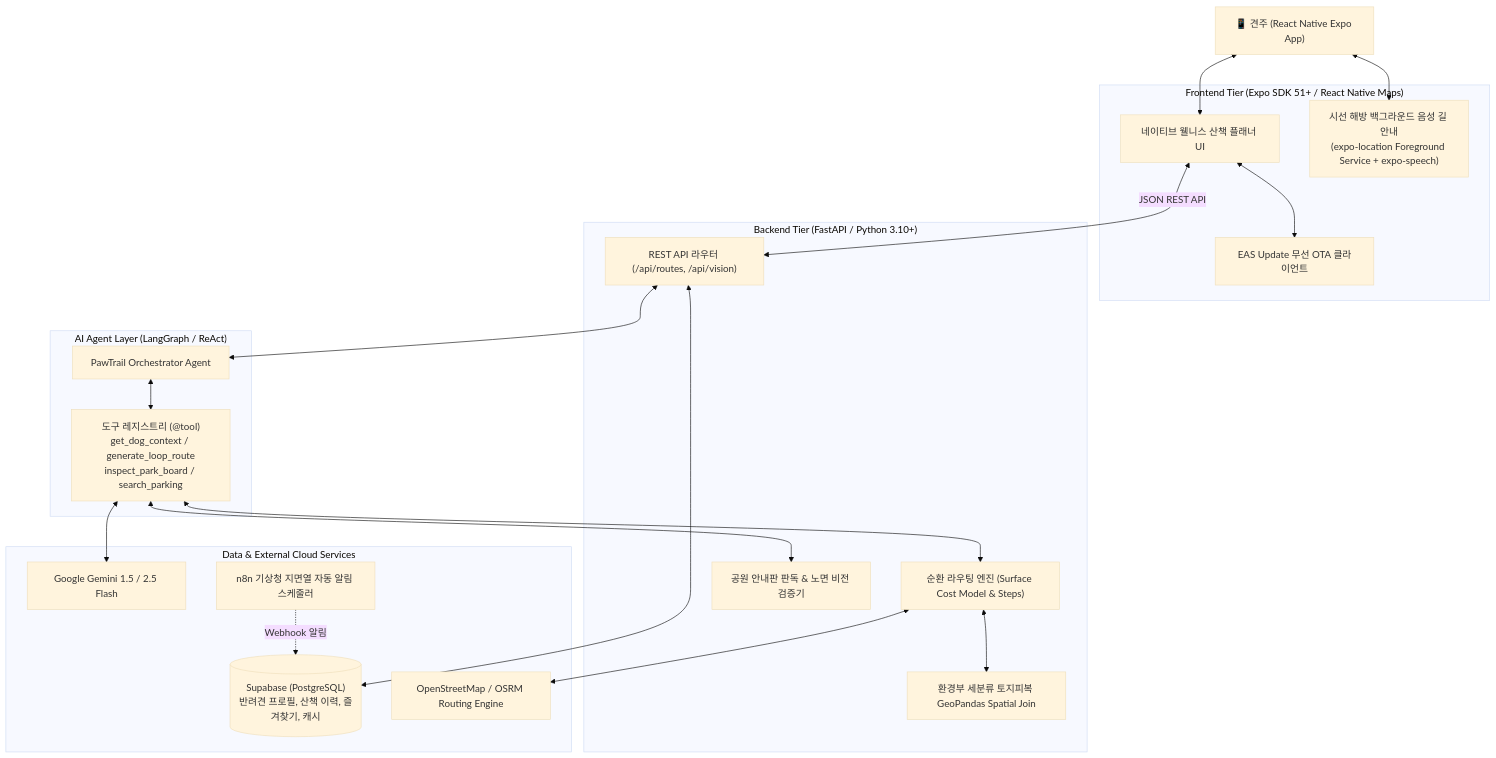
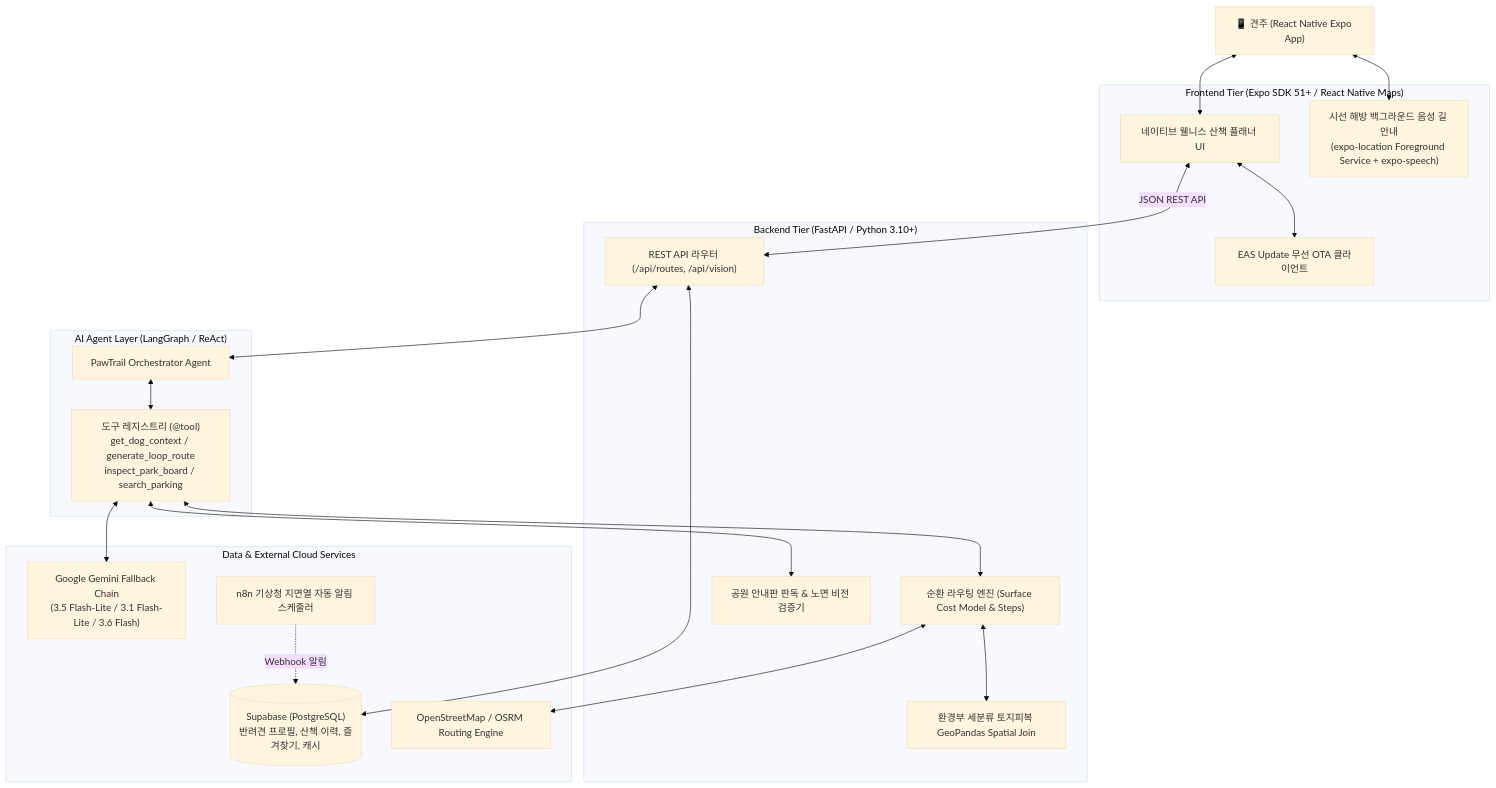
Before and after one commit to gigantess/PawTrail: the second of 2 diagrams in README.md, drawn with Mermaid (base theme). The commit also changed other lines of this file and 9 other files, not shown here.

````diff
--- a/README.md
+++ b/README.md
@@ -149,43 +149,43 @@
 ```mermaid
 flowchart TD
     User["📱 견주 (React Native Expo App)"]
     
     subgraph Frontend ["Frontend Tier (Expo SDK 51+ / React Native Maps)"]
         UI["네이티브 웰니스 산책 플래너 UI"]
         VoiceNavi["시선 해방 백그라운드 음성 길 안내<br/>(expo-location Foreground Service + expo-speech)"]
         EAS["EAS Update 무선 OTA 클라이언트"]
     end
 
     subgraph Backend ["Backend Tier (FastAPI / Python 3.10+)"]
         API["REST API 라우터 (/api/routes, /api/vision)"]
         RouterEngine["순환 라우팅 엔진 (Surface Cost Model & Steps)"]
         SpatialService["환경부 세분류 토지피복 GeoPandas Spatial Join"]
         VisionService["공원 안내판 판독 & 노면 비전 검증기"]
     end
 
     subgraph AI_Agent ["AI Agent Layer (LangGraph / ReAct)"]
         Agent["PawTrail Orchestrator Agent"]
         Tools["도구 레지스트리 (@tool)<br/>get_dog_context / generate_loop_route<br/>inspect_park_board / search_parking"]
     end
 
     subgraph Data_Infra ["Data & External Cloud Services"]
         DB[("Supabase (PostgreSQL)<br/>반려견 프로필, 산책 이력, 즐겨찾기, 캐시")]
-        Gemini["Google Gemini 1.5 / 2.5 Flash"]
+        Gemini["Google Gemini Fallback Chain<br/>(3.5 Flash-Lite / 3.1 Flash-Lite / 3.6 Flash)"]
         OSM["OpenStreetMap / OSRM Routing Engine"]
         n8n["n8n 기상청 지면열 자동 알림 스케줄러"]
     end
 
     User <--> UI
     User <--> VoiceNavi
     UI <--> EAS
     UI -- "JSON REST API" <--> API
     API <--> Agent
     Agent <--> Tools
     Tools <--> RouterEngine
     Tools <--> VisionService
     Tools <--> Gemini
     RouterEngine <--> SpatialService
     RouterEngine <--> OSM
     API <--> DB
     n8n -. "Webhook 알림" .-> DB
 ```
````
